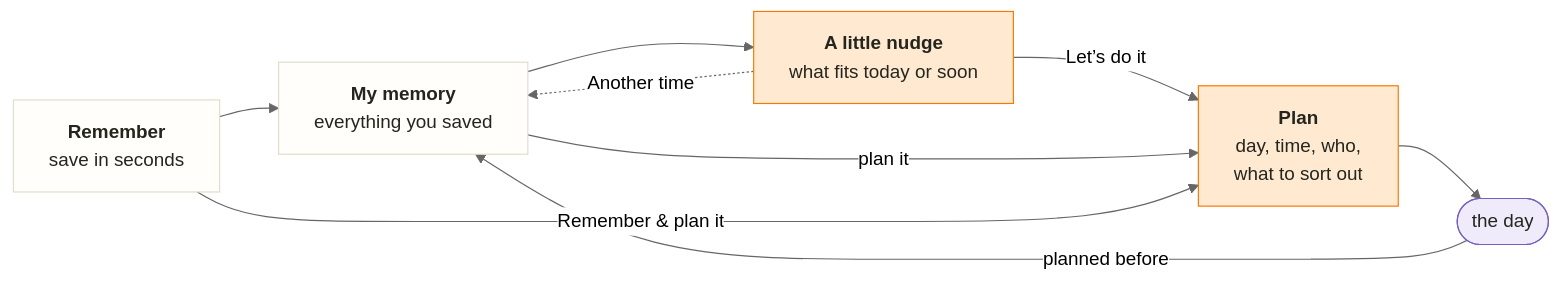
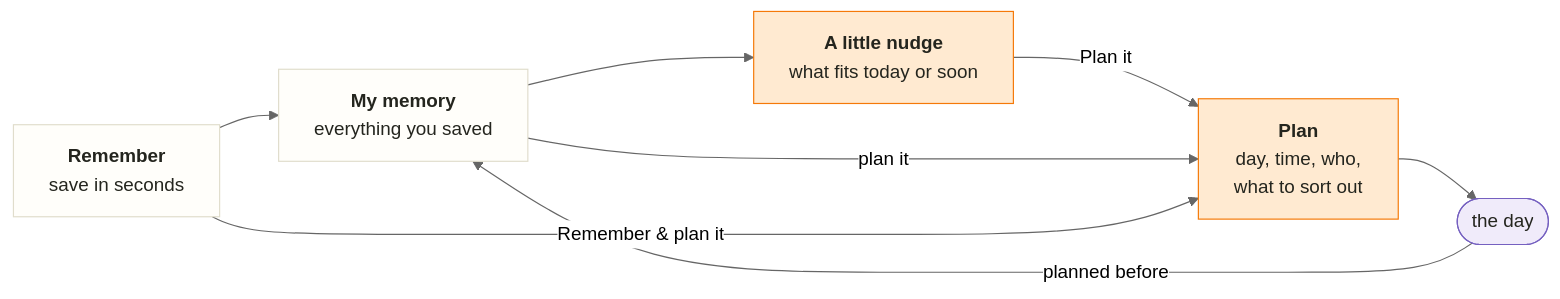
One commit to BaZom/IdeaMemory changed the first of 2 diagrams in docs/roadmap.md. Above: the diagram before and after it, drawn with Mermaid (neutral theme). The commit also changed other lines of this file and 18 other files, not shown here.

````diff
--- a/docs/roadmap.md
+++ b/docs/roadmap.md
@@ -30,24 +30,23 @@
 ```mermaid
 flowchart LR
     R["<b>Remember</b><br/>save in seconds"]
     M["<b>My memory</b><br/>everything you saved"]
     N["<b>A little nudge</b><br/>what fits today or soon"]
     P["<b>Plan</b><br/>day, time, who,<br/>what to sort out"]
     D(["the day"])
 
     R --> M
     M --> N
-    N -- "Let’s do it" --> P
-    N -. "Another time" .-> M
+    N -- "Plan it" --> P
     M -- "plan it" --> P
     R -- "Remember & plan it" --> P
     P --> D
     D -- "planned before" --> M
 
     classDef step fill:#FFFEFA,stroke:#E0DDCC,color:#24251E
     classDef key fill:#FFEAD1,stroke:#F57908,color:#24251E
     classDef day fill:#F0EBFA,stroke:#7560C0,color:#24251E
     class R,M step
     class N,P key
     class D day
 ```
````
